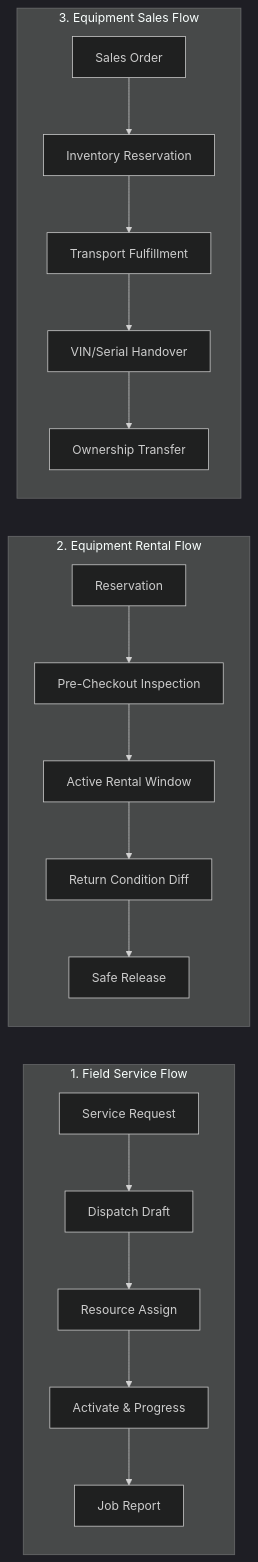
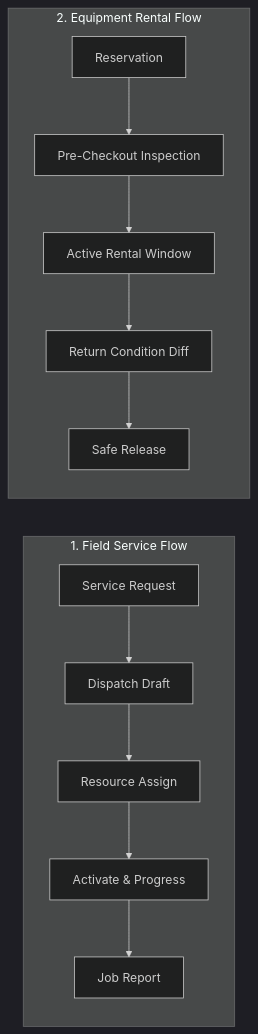
Before and after one commit to Darktodoom123/Core-2: the third of 5 diagrams in Docs/design/Diagrams/module-boundary.md, drawn with Mermaid (dark theme). The commit also changed other lines of this file and 277 other files, not shown here.

````diff
--- a/Docs/design/Diagrams/module-boundary.md
+++ b/Docs/design/Diagrams/module-boundary.md
@@ -146,14 +141,10 @@
 ```mermaid
 flowchart LR
     subgraph SVC_STEPS["1. Field Service Flow"]
         S_IN["Service Request"] --> S_DSP["Dispatch Draft"] --> S_ASN["Resource Assign"] --> S_ACT["Activate & Progress"] --> S_RPT["Job Report"]
     end
 
     subgraph RNT_STEPS["2. Equipment Rental Flow"]
         R_RES["Reservation"] --> R_CHK["Pre-Checkout Inspection"] --> R_DEP["Active Rental Window"] --> R_DIF["Return Condition Diff"] --> R_REL["Safe Release"]
     end
-
-    subgraph SAL_STEPS["3. Equipment Sales Flow"]
-        O_ORD["Sales Order"] --> O_RES["Inventory Reservation"] --> O_FUL["Transport Fulfillment"] --> O_VIN["VIN/Serial Handover"] --> O_TRN["Ownership Transfer"]
-    end
 ```
````
